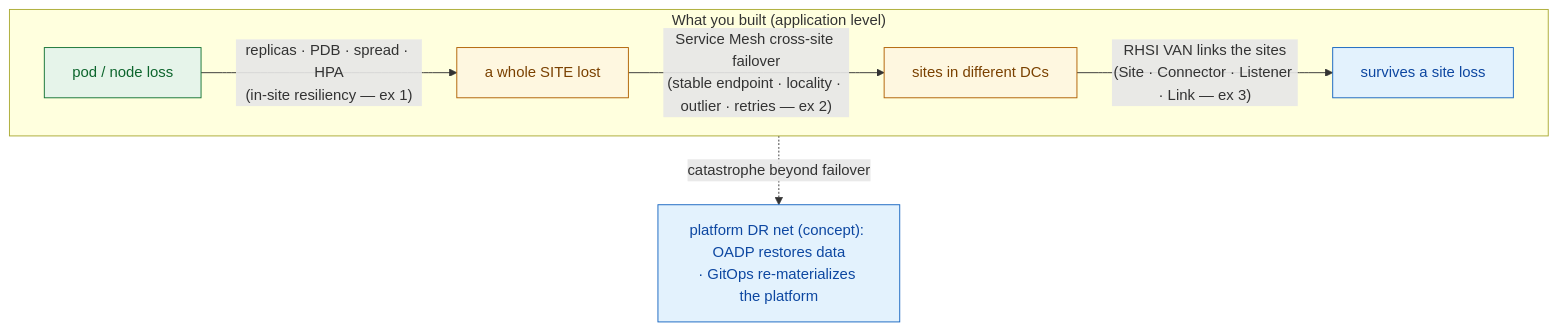
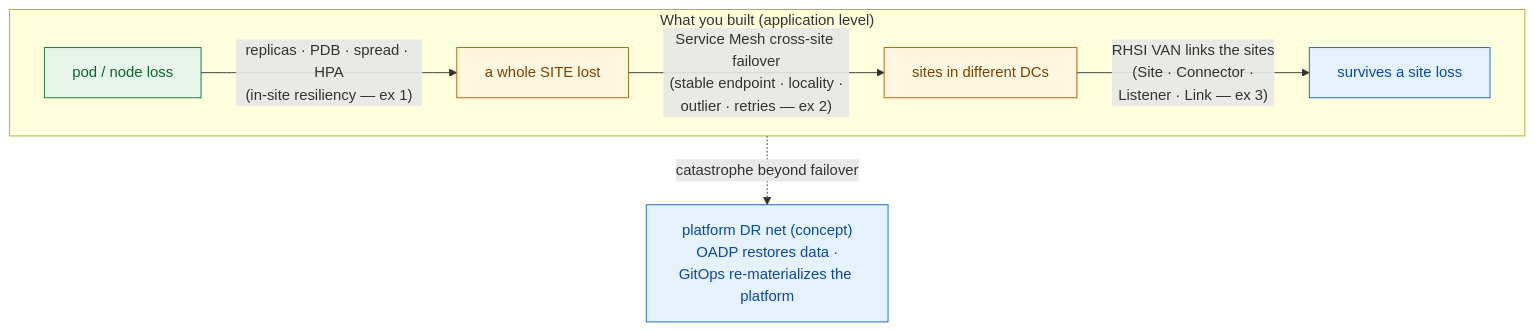
One commit to serhat-dirik/OCP-Getting-Started-Revamped changed the diagram in content/modules/ROOT/examples/diagrams/resilience-multicluster-dr/05-what-you-built.mmd. Above: the diagram before and after it, drawn with Mermaid. The commit also changed 23 other files, not shown here.

```diff
--- a/content/modules/ROOT/examples/diagrams/resilience-multicluster-dr/05-what-you-built.mmd
+++ b/content/modules/ROOT/examples/diagrams/resilience-multicluster-dr/05-what-you-built.mmd
@@ -1,23 +1,30 @@
 %% What you built — Resilience, Multi-Cluster & DR wrap-up.
 %% Application-level ladder from the lab: pod/node loss -> a whole site lost -> mesh failover
 %% across sites -> RHSI links the sites -> survives a site loss, then a dotted line to the platform
 %% DR net (concept, not graded). `direction LR` inside the `you` subgraph turns what was a
 %% four-node `direction BT` column into one row; kept the real edges (not `~~~`) since their labels
 %% carry the exercise mapping. Resized 2026-08-22: was 641x629 intrinsic (900x883 rendered, text at
 %% 1.4x).
 %% Follow-up 2026-08-22: `r4->net` crossed out of "you", silently disabling its `direction LR`
 %% (900x1380 @2.11x, worse than before). Re-pointed at the container (`you->net`) — the label
 %% already reads at the ladder level ("catastrophe beyond failover"), not about r4 specifically.
+%% Narrowed 2026-08-23: still 900x142 at 0.54x text (~1670px intrinsic). In an LR row an EDGE label
+%% sets the gap between two ranks, and these three were carrying most of the width — one ran to 54
+%% characters on one line. Rewrapped to three lines maximum (the same cap node labels get, so no
+%% four-line edge label is introduced) and `net` likewise. Aspect was 0.16, so the height this buys
+%% back costs nothing. No word changed: wrapup.adoc's resilience table mirrors these rungs and
+%% their contents one for one. The four-rung ladder itself was NOT split — the table reads it rung
+%% by rung — so this lands near 1300px rather than inside the 750-1100 band.
 flowchart TB
   subgraph you["What you built (application level)"]
     direction LR
     r1["pod / node loss"] -->|"replicas · PDB · spread · HPA<br/>(in-site resiliency — ex 1)"| r2["a whole SITE lost"]
-    r2 -->|"Service Mesh cross-site failover<br/>(stable endpoint · locality · outlier · retries — ex 2)"| r3["sites in different DCs"]
-    r3 -->|"RHSI VAN links the sites<br/>(Site · Connector · Listener · Link — ex 3)"| r4["survives a site loss"]
+    r2 -->|"Service Mesh cross-site failover<br/>(stable endpoint · locality ·<br/>outlier · retries — ex 2)"| r3["sites in different DCs"]
+    r3 -->|"RHSI VAN links the sites<br/>(Site · Connector ·<br/>Listener · Link — ex 3)"| r4["survives a site loss"]
   end
-  net["platform DR net (concept): OADP restores data<br/>· GitOps re-materializes the platform"]
+  net["platform DR net (concept)<br/>OADP restores data ·<br/>GitOps re-materializes the platform"]
   you -.->|"catastrophe beyond failover"| net
   classDef a fill:#e6f4ea,stroke:#137333,color:#0d652d;
   classDef b fill:#fef7e0,stroke:#b06000,color:#7a4100;
   classDef c fill:#e3f2fd,stroke:#1565c0,color:#0d47a1;
   class r1 a; class r2,r3 b; class r4 c; class net c;
```
